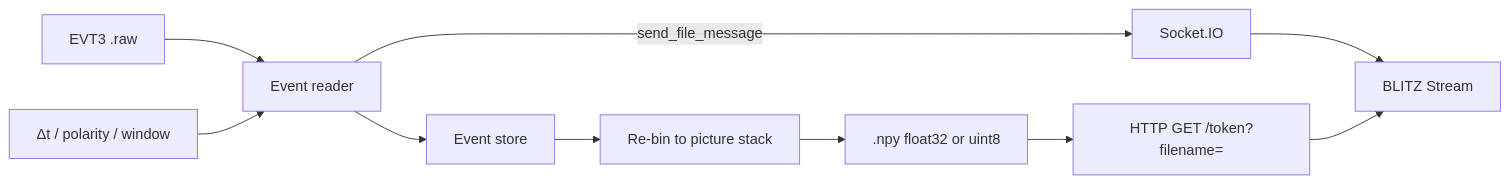
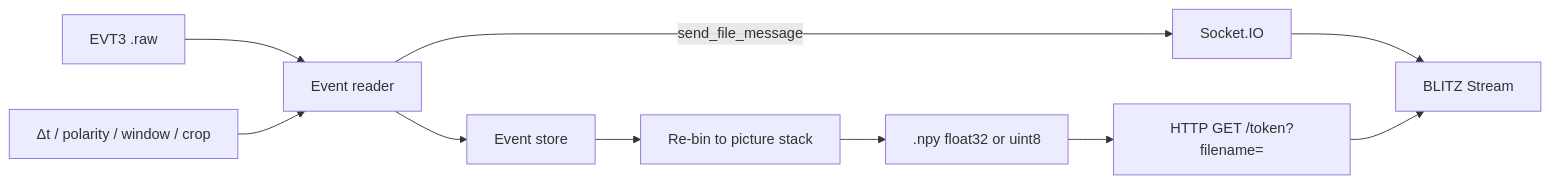
One commit to PiMaV/event-reader changed the second of 2 diagrams in README.md. Above: the diagram before and after it, drawn with Mermaid. The commit also changed other lines of this file and 5 other files, not shown here.

First line of the commit message:
Add timeline zoom, crop, drop-to-open, and optional noise filters.

````diff
--- a/README.md
+++ b/README.md
@@ -13,12 +28,12 @@
 ```mermaid
 flowchart LR
   raw["EVT3 .raw"] --> reader["Event reader"]
   reader --> events["Event store"]
-  ui["Δt / polarity / window"] --> reader
+  ui["Δt / polarity / window / crop"] --> reader
   events --> bin["Re-bin to picture stack"]
   bin --> npy[".npy float32 or uint8"]
   reader -->|"send_file_message"| sio["Socket.IO"]
   npy --> http["HTTP GET /token?filename="]
   sio --> blitz["BLITZ Stream"]
   http --> blitz
 ```
````
